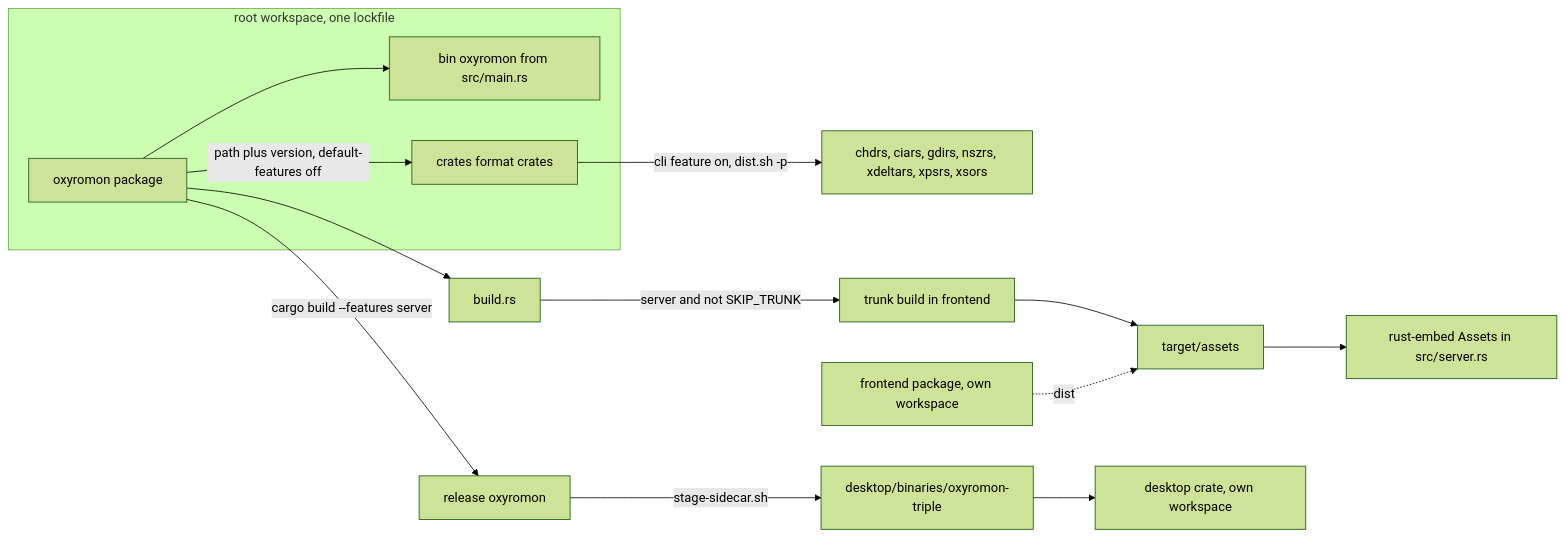
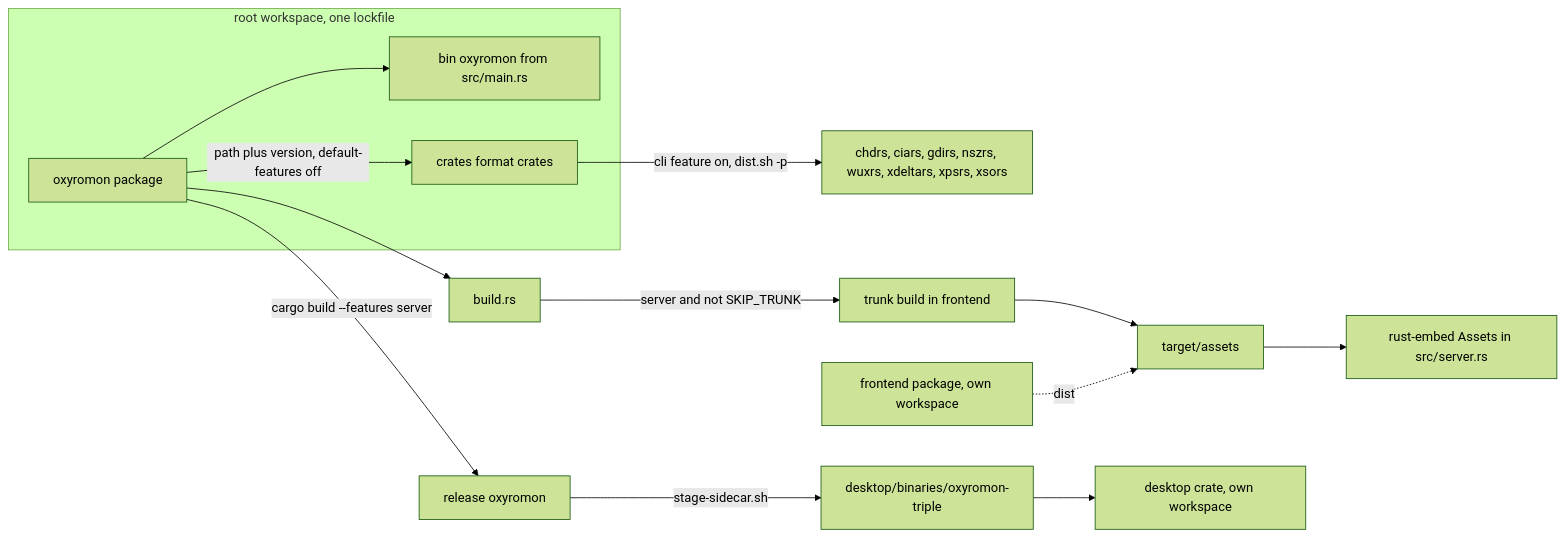
The second of 3 diagrams in openwiki/architecture/feature-flags-and-build-topology.md (alucryd/oxyromon), drawn with Mermaid (forest theme) before and after one commit. The commit also changed other lines of this file and 166 other files, not shown here.

````diff
--- a/openwiki/architecture/feature-flags-and-build-topology.md
+++ b/openwiki/architecture/feature-flags-and-build-topology.md
@@ -399,17 +403,17 @@
 ```mermaid
 flowchart LR
   subgraph root["root workspace, one lockfile"]
     PKG["oxyromon package"] --> MAIN["bin oxyromon from src/main.rs"]
     CRATES["crates format crates"]
   end
   PKG -->|"path plus version, default-features off"| CRATES
-  CRATES -->|"cli feature on, dist.sh -p"| CLI["chdrs, ciars, gdirs, nszrs, xdeltars, xpsrs, xsors"]
+  CRATES -->|"cli feature on, dist.sh -p"| CLI["chdrs, ciars, gdirs, nszrs, wuxrs, xdeltars, xpsrs, xsors"]
   PKG --> BR["build.rs"]
   BR -->|server and not SKIP_TRUNK| TRUNK["trunk build in frontend"]
   TRUNK --> ASSETS["target/assets"]
   ASSETS --> EMB["rust-embed Assets in src/server.rs"]
   FE["frontend package, own workspace"] -.->|dist| ASSETS
   PKG -->|cargo build --features server| BIN["release oxyromon"]
   BIN -->|stage-sidecar.sh| SIDECAR["desktop/binaries/oxyromon-triple"]
   SIDECAR --> DESK["desktop crate, own workspace"]
 ```
````
